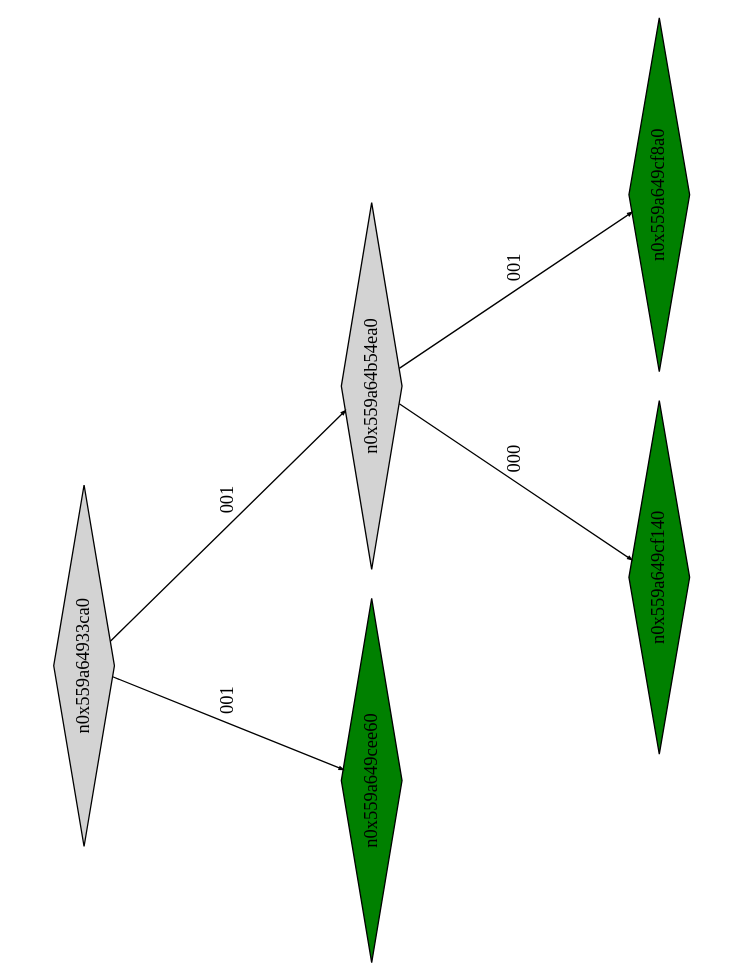
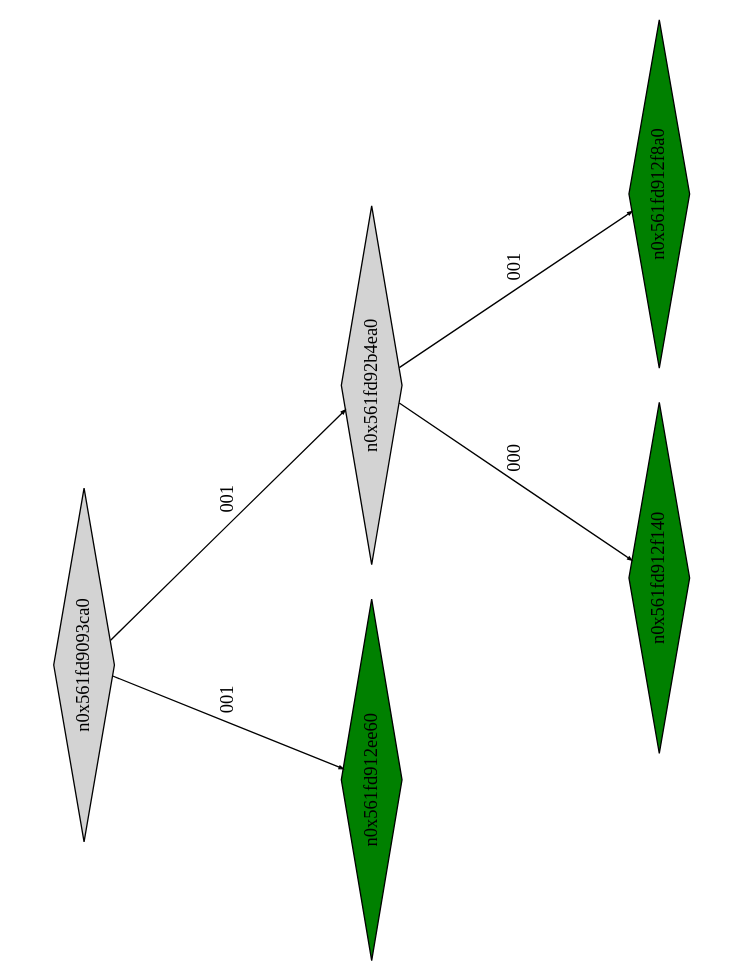
Before and after one commit to Research-Tools-PAVT/PSE-Program-Examples: the diagram in montyhall_klee_out/ptree_00001030.dot, drawn with Graphviz. The commit also changed 41 other files, not shown here.

```diff
--- a/montyhall_klee_out/ptree_00001030.dot
+++ b/montyhall_klee_out/ptree_00001030.dot
@@ -1,17 +1,17 @@
 digraph G {
 	size="10,7.5";
 	ratio=fill;
 	rotate=90;
 	center = "true";
 	node [style="filled",width=.1,height=.1,fontname="Terminus"]
 	edge [arrowsize=.3]
-	n0x559a64933ca0 [shape=diamond];
-	n0x559a64933ca0 -> n0x559a649cee60 [label=001];
-	n0x559a64933ca0 -> n0x559a64b54ea0 [label=001];
-	n0x559a64b54ea0 [shape=diamond];
-	n0x559a64b54ea0 -> n0x559a649cf140 [label=000];
-	n0x559a64b54ea0 -> n0x559a649cf8a0 [label=001];
-	n0x559a649cf8a0 [shape=diamond,fillcolor=green];
-	n0x559a649cf140 [shape=diamond,fillcolor=green];
-	n0x559a649cee60 [shape=diamond,fillcolor=green];
+	n0x561fd9093ca0 [shape=diamond];
+	n0x561fd9093ca0 -> n0x561fd912ee60 [label=001];
+	n0x561fd9093ca0 -> n0x561fd92b4ea0 [label=001];
+	n0x561fd92b4ea0 [shape=diamond];
+	n0x561fd92b4ea0 -> n0x561fd912f140 [label=000];
+	n0x561fd92b4ea0 -> n0x561fd912f8a0 [label=001];
+	n0x561fd912f8a0 [shape=diamond,fillcolor=green];
+	n0x561fd912f140 [shape=diamond,fillcolor=green];
+	n0x561fd912ee60 [shape=diamond,fillcolor=green];
 }
```
